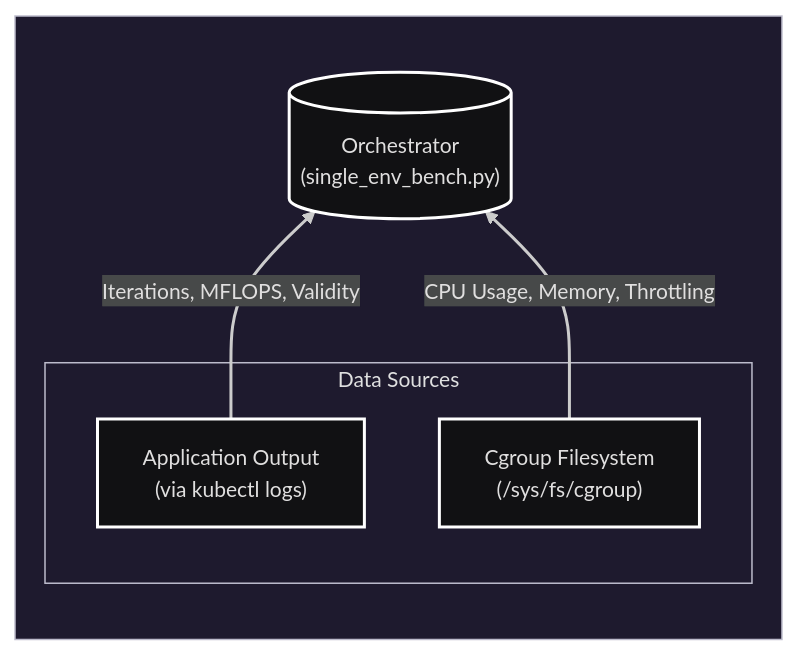
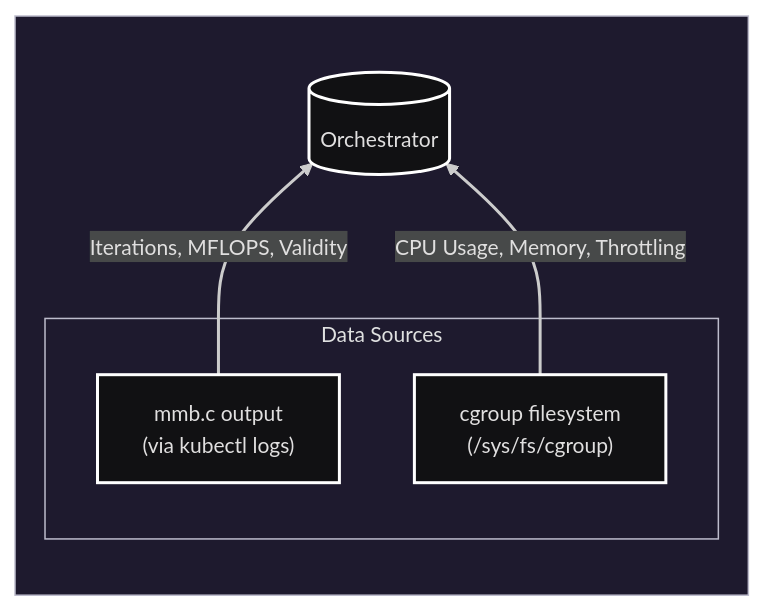
The second of 3 diagrams in README.md (petrosbal/krater), drawn with Mermaid before and after one commit. The commit also changed other lines of this file and 3 other files, not shown here.

````diff
--- a/README.md
+++ b/README.md
@@ -114,22 +137,21 @@
 ```mermaid
 ---
 config:
   look: classic
   theme: redux-dark
 ---
 flowchart TB
  subgraph DataSources["Data Sources"]
-        PodLogs["Application Output 
+        PodLogs["mmb.c output 
         (via kubectl logs)"]
-        Cgroups["Cgroup Filesystem 
+        Cgroups["cgroup filesystem 
         (/sys/fs/cgroup)"]
   end
  subgraph Host[" "]
   direction BT
-        Orchestrator[("Orchestrator 
-        (single_env_bench.py)")]
+        Orchestrator[("Orchestrator")]
         DataSources
   end
     PodLogs -- Iterations, MFLOPS, Validity --> Orchestrator
     Cgroups -- CPU Usage, Memory, Throttling --> Orchestrator
 ```
````
